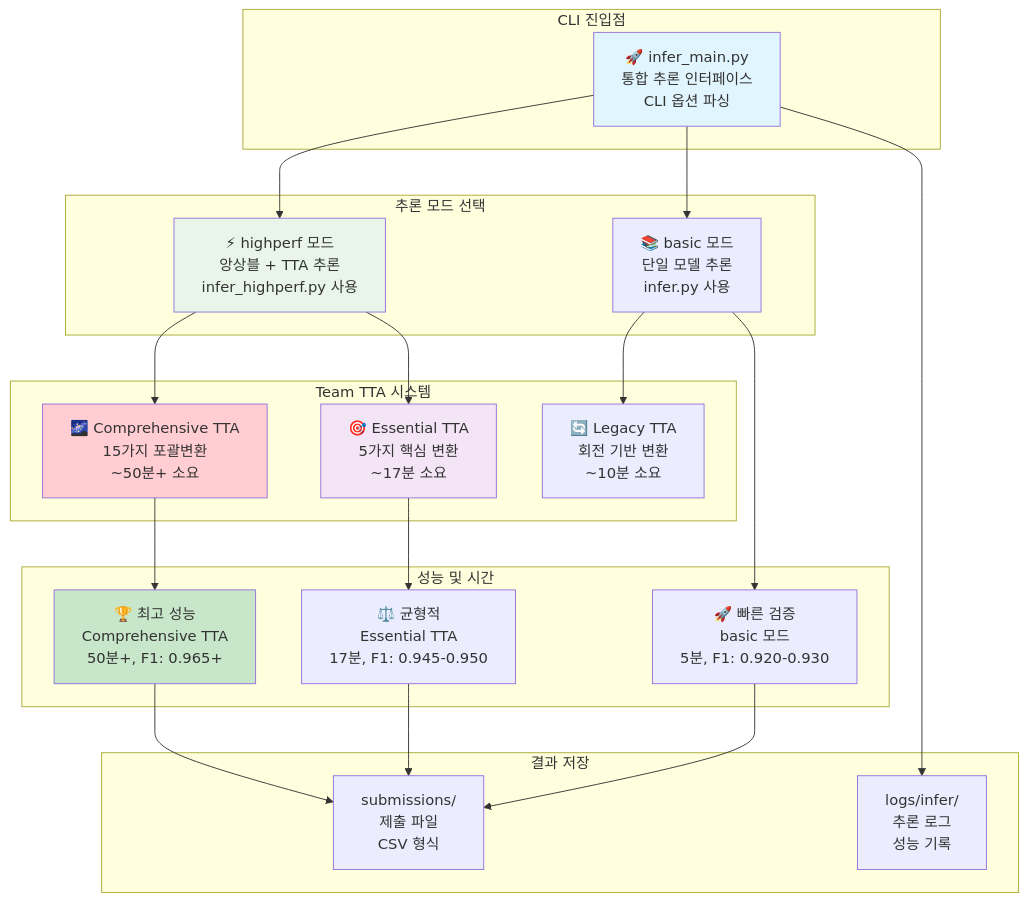
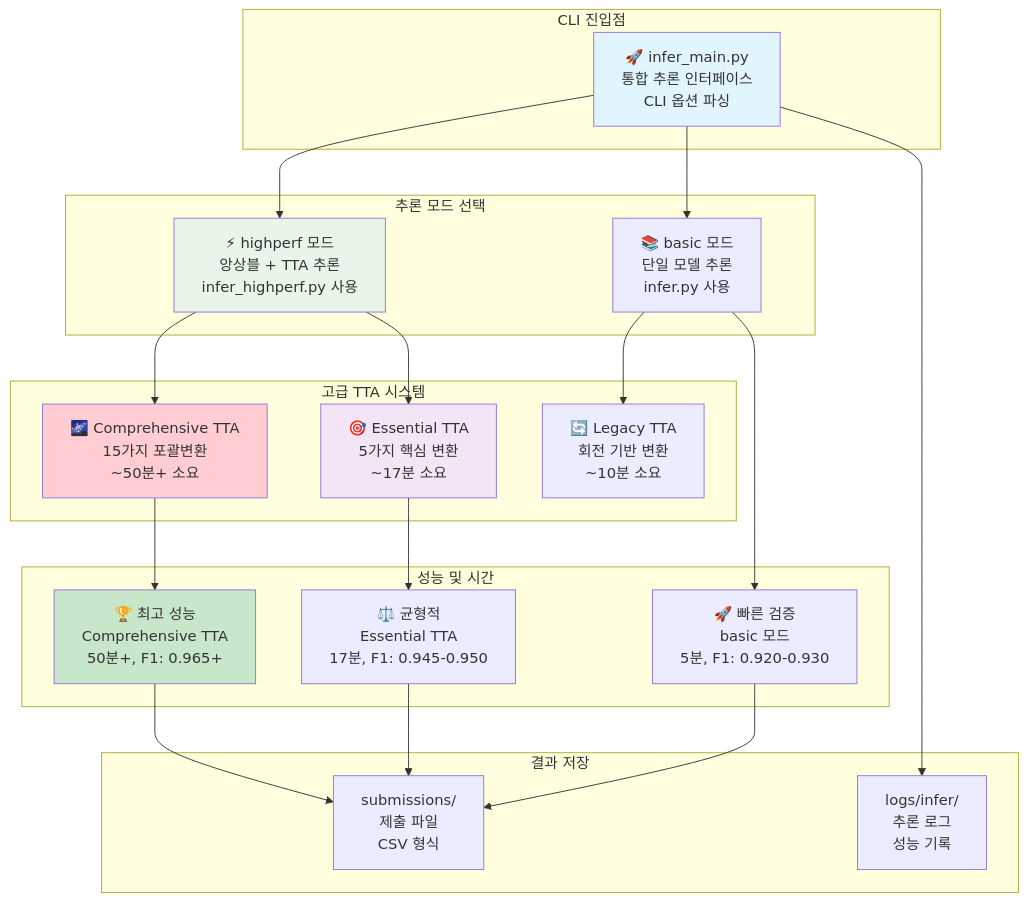
One commit to nimnusmik/CV_documents_classification_competition changed the first of 2 diagrams in docs/파이프라인/추론_파이프라인_가이드.md. Above: the diagram before and after it, drawn with Mermaid. The commit also changed other lines of this file and 12 other files, not shown here.

````diff
--- a/docs/파이프라인/추론_파이프라인_가이드.md
+++ b/docs/파이프라인/추론_파이프라인_가이드.md
@@ -5,51 +5,51 @@
 ```mermaid
 graph TB
     subgraph "CLI 진입점"
         A[🚀 infer_main.py<br/>통합 추론 인터페이스<br/>CLI 옵션 파싱]
     end
     
     subgraph "추론 모드 선택"
         B[📚 basic 모드<br/>단일 모델 추론<br/>infer.py 사용]
         C[⚡ highperf 모드<br/>앙상블 + TTA 추론<br/>infer_highperf.py 사용]
     end
     
-    subgraph "Team TTA 시스템"
+    subgraph "고급 TTA 시스템"
         D[🎯 Essential TTA<br/>5가지 핵심 변환<br/>~17분 소요]
         E[🌌 Comprehensive TTA<br/>15가지 포괄변환<br/>~50분+ 소요]
         F[🔄 Legacy TTA<br/>회전 기반 변환<br/>~10분 소요]
     end
     
     subgraph "성능 및 시간"
         G[🚀 빠른 검증<br/>basic 모드<br/>5분, F1: 0.920-0.930]
         H[⚖️ 균형적<br/>Essential TTA<br/>17분, F1: 0.945-0.950]
         I[🏆 최고 성능<br/>Comprehensive TTA<br/>50분+, F1: 0.965+]
     end
     
     subgraph "결과 저장"
         J[submissions/<br/>제출 파일<br/>CSV 형식]
         K[logs/infer/<br/>추론 로그<br/>성능 기록]
     end
     
     A --> B
     A --> C
     
     B --> F
     C --> D
     C --> E
     
     B --> G
     D --> H
     E --> I
     
     G --> J
     H --> J
     I --> J
     
     A --> K
     
     style A fill:#e1f5fe
     style C fill:#e8f5e8
     style D fill:#f3e5f5
     style E fill:#ffcdd2
     style I fill:#c8e6c9
 ```
````
